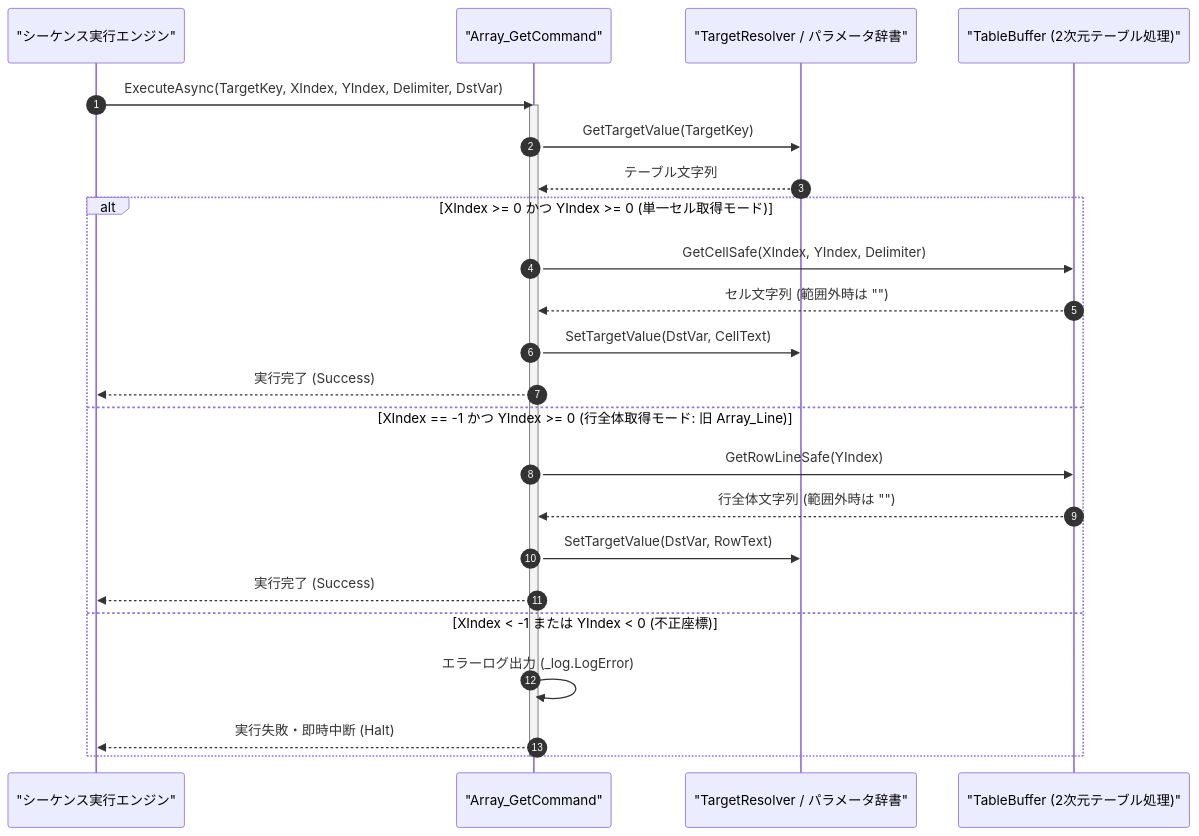
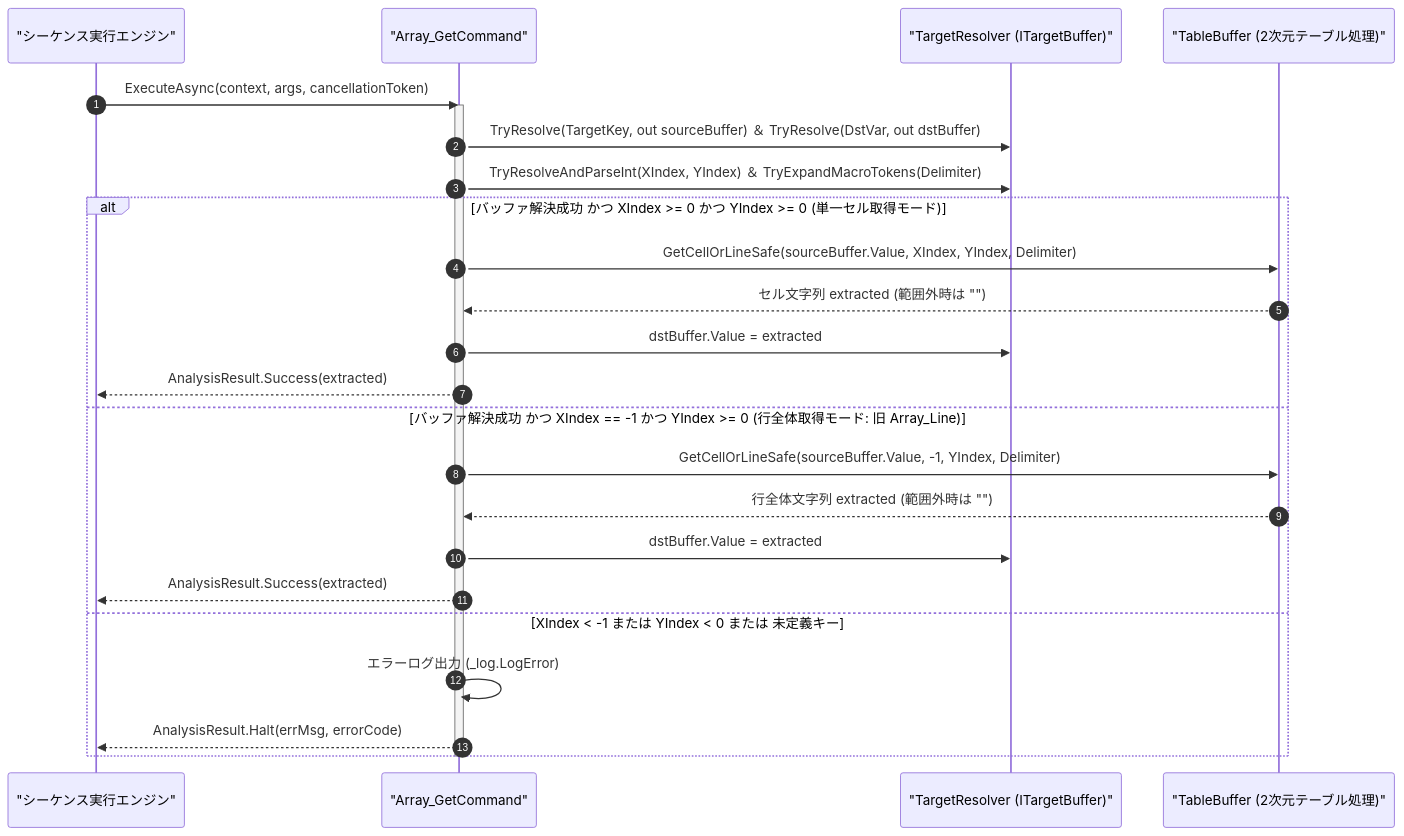
Before and after one commit to Monaca-App/TermAddIn: the diagram in Manual/Core/Array/Array_Get.Md, drawn with Mermaid. The commit also changed other lines of this file and 157 other files, not shown here.

````diff
--- a/Manual/Core/Array/Array_Get.Md
+++ b/Manual/Core/Array/Array_Get.Md
@@ -72,28 +72,28 @@
 ```mermaid
 sequenceDiagram
     autonumber
     participant Engine as "シーケンス実行エンジン"
     participant Cmd as "Array_GetCommand"
-    participant Target as "TargetResolver / パラメータ辞書"
+    participant Target as "TargetResolver (ITargetBuffer)"
     participant Buffer as "TableBuffer (2次元テーブル処理)"
 
-    Engine->>Cmd: ExecuteAsync(TargetKey, XIndex, YIndex, Delimiter, DstVar)
+    Engine->>Cmd: ExecuteAsync(context, args, cancellationToken)
     activate Cmd
-    Cmd->>Target: GetTargetValue(TargetKey)
-    Target-->>Cmd: テーブル文字列
-    alt XIndex >= 0 かつ YIndex >= 0 (単一セル取得モード)
-        Cmd->>Buffer: GetCellSafe(XIndex, YIndex, Delimiter)
-        Buffer-->>Cmd: セル文字列 (範囲外時は "")
-        Cmd->>Target: SetTargetValue(DstVar, CellText)
-        Cmd-->>Engine: 実行完了 (Success)
-    else XIndex == -1 かつ YIndex >= 0 (行全体取得モード: 旧 Array_Line)
-        Cmd->>Buffer: GetRowLineSafe(YIndex)
-        Buffer-->>Cmd: 行全体文字列 (範囲外時は "")
-        Cmd->>Target: SetTargetValue(DstVar, RowText)
-        Cmd-->>Engine: 実行完了 (Success)
-    else XIndex < -1 または YIndex < 0 (不正座標)
+    Cmd->>Target: TryResolve(TargetKey, out sourceBuffer) ＆ TryResolve(DstVar, out dstBuffer)
+    Cmd->>Target: TryResolveAndParseInt(XIndex, YIndex) ＆ TryExpandMacroTokens(Delimiter)
+    alt バッファ解決成功 かつ XIndex >= 0 かつ YIndex >= 0 (単一セル取得モード)
+        Cmd->>Buffer: GetCellOrLineSafe(sourceBuffer.Value, XIndex, YIndex, Delimiter)
+        Buffer-->>Cmd: セル文字列 extracted (範囲外時は "")
+        Cmd->>Target: dstBuffer.Value = extracted
+        Cmd-->>Engine: AnalysisResult.Success(extracted)
+    else バッファ解決成功 かつ XIndex == -1 かつ YIndex >= 0 (行全体取得モード: 旧 Array_Line)
+        Cmd->>Buffer: GetCellOrLineSafe(sourceBuffer.Value, -1, YIndex, Delimiter)
+        Buffer-->>Cmd: 行全体文字列 extracted (範囲外時は "")
+        Cmd->>Target: dstBuffer.Value = extracted
+        Cmd-->>Engine: AnalysisResult.Success(extracted)
+    else XIndex < -1 または YIndex < 0 または 未定義キー
         Cmd->>Cmd: エラーログ出力 (_log.LogError)
-        Cmd-->>Engine: 実行失敗・即時中断 (Halt)
+        Cmd-->>Engine: AnalysisResult.Halt(errMsg, errorCode)
     end
     deactivate Cmd
 ```
````
